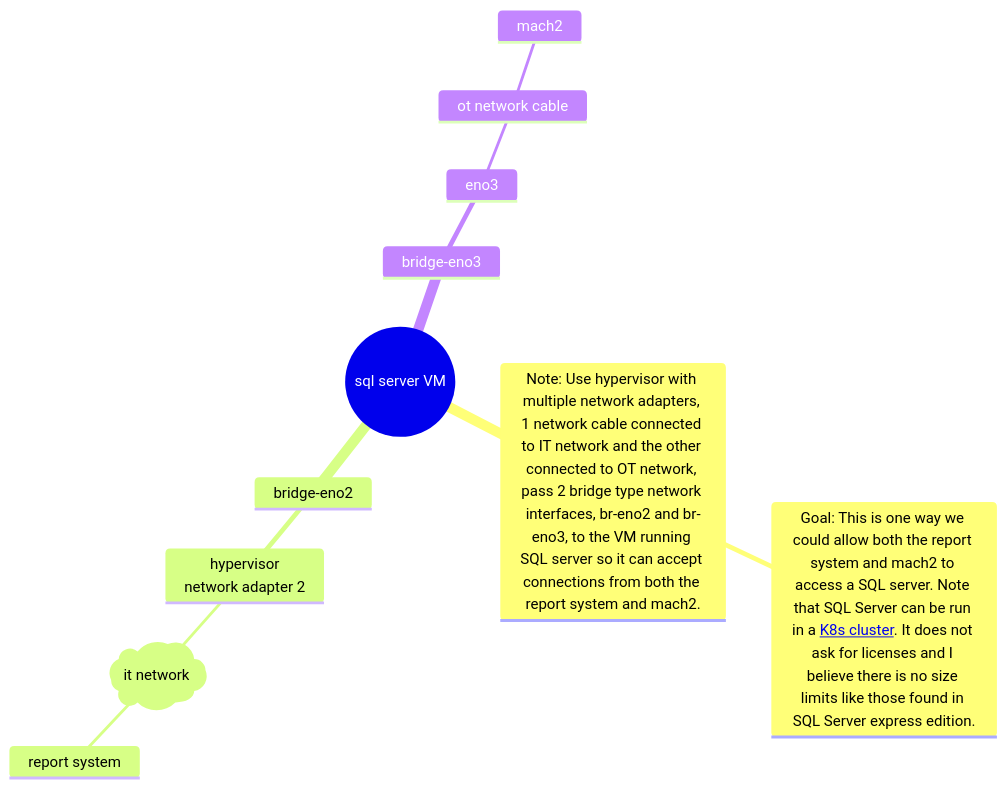
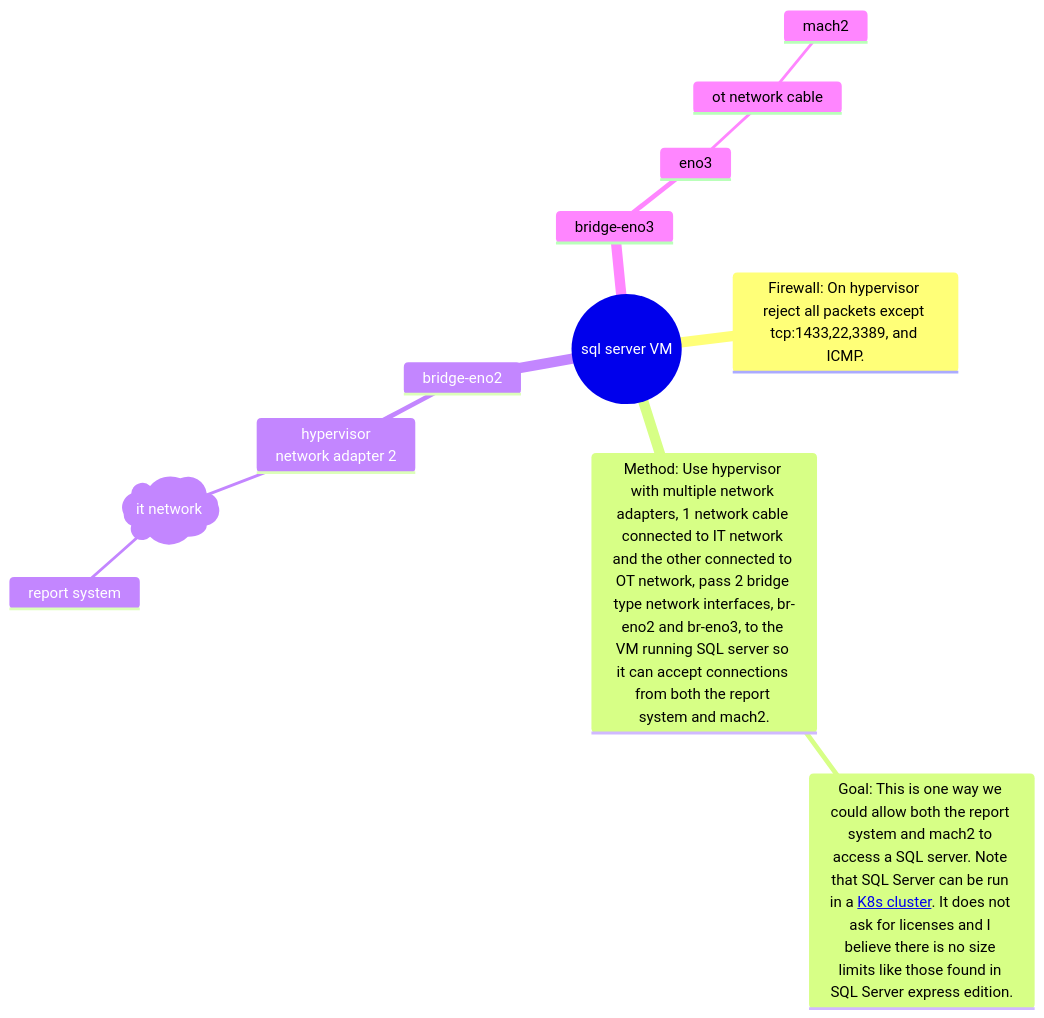
The diagram in development/report_system/it_ot_database.md (brentgroves/repsys), drawn with Mermaid before and after one commit. The commit also changed 9 other files, not shown here.

````diff
--- a/development/report_system/it_ot_database.md
+++ b/development/report_system/it_ot_database.md
@@ -7,15 +7,16 @@
 ```mermaid
 mindmap
   root((sql server VM))
-    Note: Use hypervisor with multiple network adapters, 1 network cable connected to IT network and the other connected to OT network, pass 2 bridge type network interfaces, br-eno2 and br-eno3, to the VM running SQL server so it can accept connections from both the report system and mach2.
+    Firewall: On hypervisor reject all packets except tcp:1433,22,3389, and ICMP.
+    Method: Use hypervisor with multiple network adapters, 1 network cable connected to IT network and the other connected to OT network, pass 2 bridge type network interfaces, br-eno2 and br-eno3, to the VM running SQL server so it can accept connections from both the report system and mach2.
       Goal: This is one way we could allow both the report system and mach2 to access a SQL server. Note that SQL Server can be run in a <a href="https://github.com/microsoft/sqlworkshops-sql2019workshop/blob/master/sql2019workshop/07_SQLOnKubernetes.md">K8s cluster</a>. It does not ask for licenses and I believe there is no size limits like those found in SQL Server express edition<l>.
     bridge-eno2
       hypervisor<br/>network adapter 2<br/eno2>
         id)it network(
           report system
     bridge-eno3
       eno3
         ot network cable
           mach2
 
 ```
````
